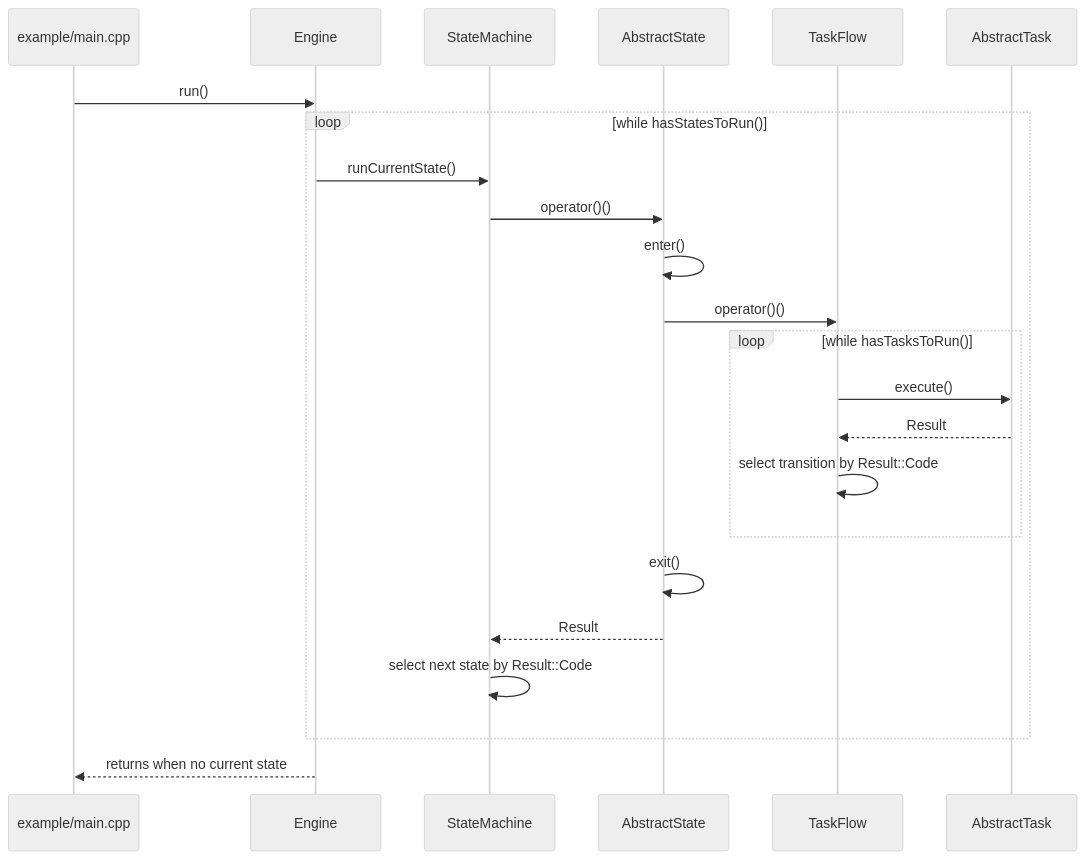
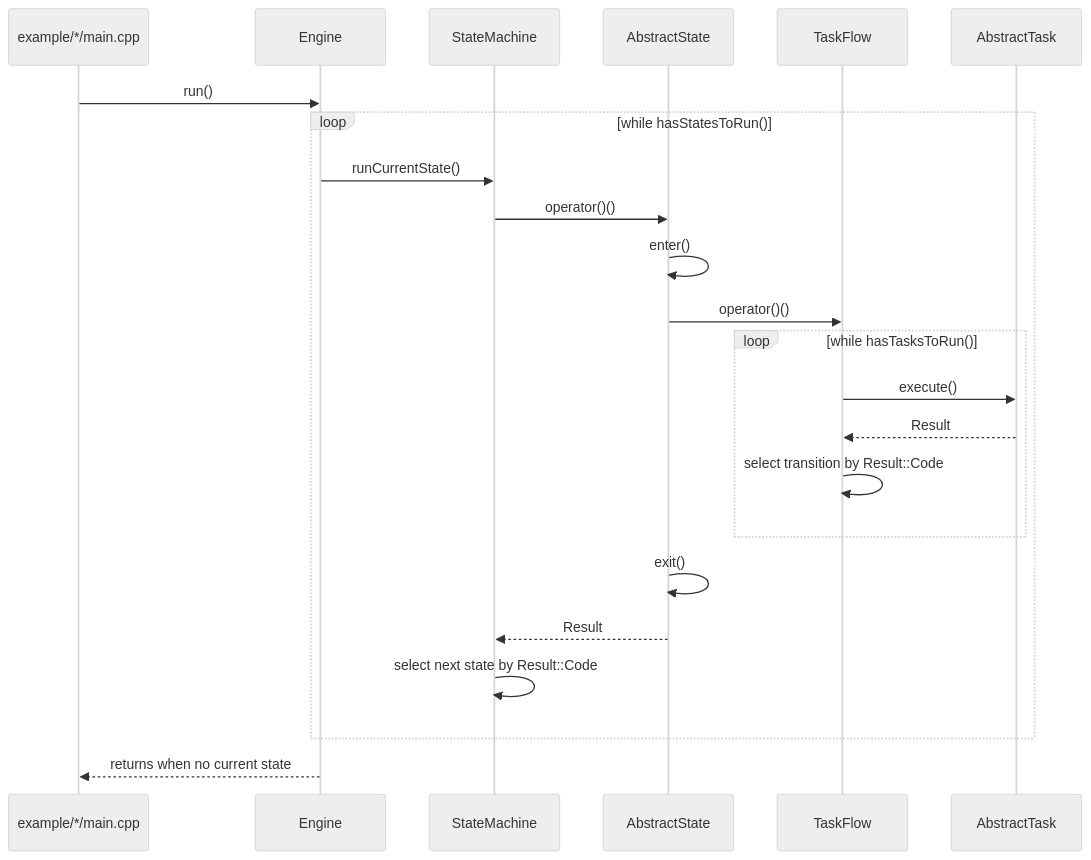
One commit to vigine-dev/Vigine changed the diagram in doc/sequence-engine-state.md. Above: the diagram before and after it, drawn with Mermaid (neutral theme). The commit also changed 9 other files, not shown here.

````diff
--- a/doc/sequence-engine-state.md
+++ b/doc/sequence-engine-state.md
@@ -3,26 +3,26 @@
 ```mermaid
 sequenceDiagram
-participant Main as example/main.cpp
+participant Main as example/*/main.cpp
 participant Engine
 participant SM as StateMachine
 participant State as AbstractState
 participant TF as TaskFlow
 participant Task as AbstractTask
 
 Main->>Engine: run()
 loop while hasStatesToRun()
   Engine->>SM: runCurrentState()
   SM->>State: operator()()
   State->>State: enter()
   State->>TF: operator()()
   loop while hasTasksToRun()
     TF->>Task: execute()
     Task-->>TF: Result
     TF->>TF: select transition by Result::Code
   end
   State->>State: exit()
   State-->>SM: Result
   SM->>SM: select next state by Result::Code
 end
 Engine-->>Main: returns when no current state
 ```
````
